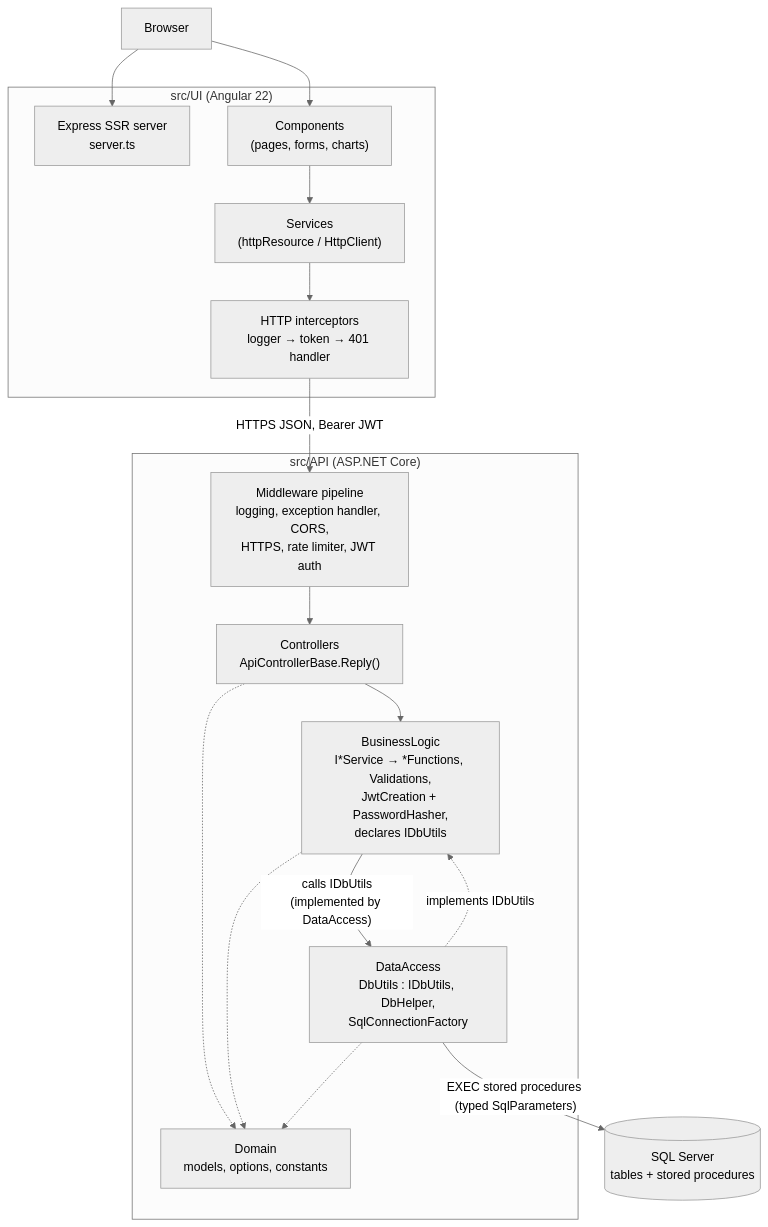
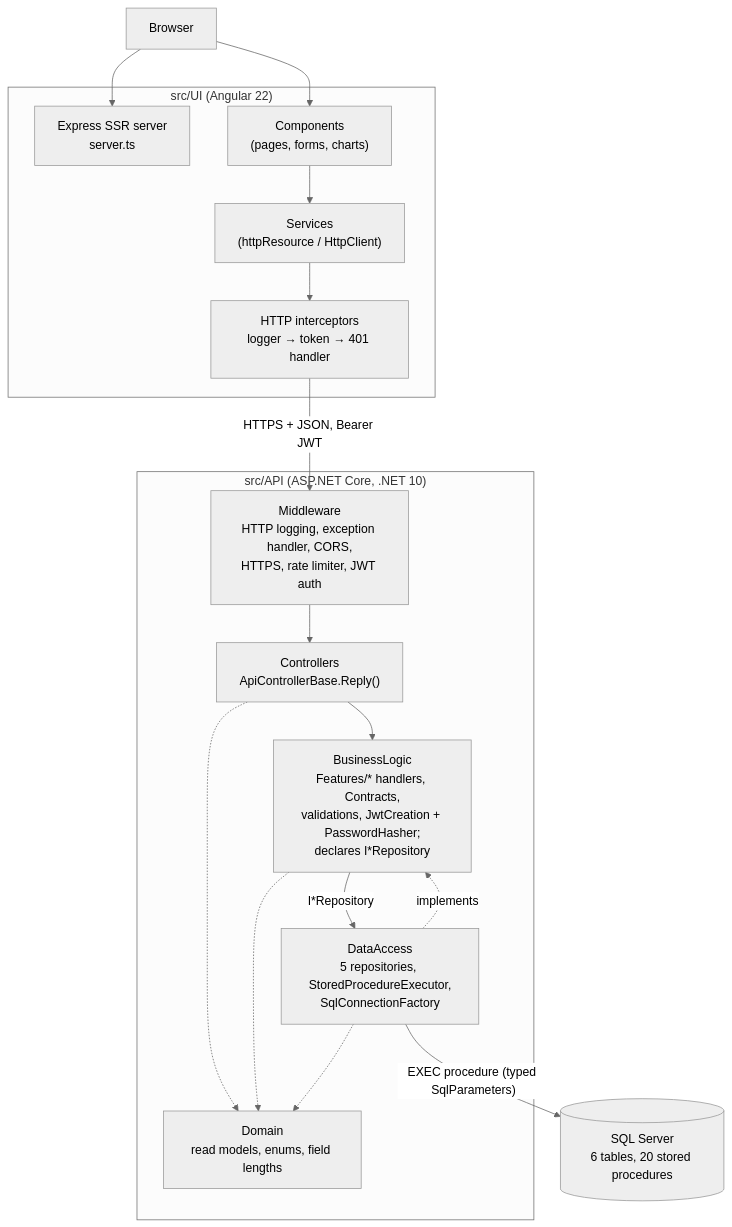
Before and after one commit to FrunzaDan/customer-management-system: the first of 3 diagrams in ARCHITECTURE_AND_DESIGN.md, drawn with Mermaid (neutral theme). The commit also changed other lines of this file and 131 other files, not shown here.

Commit message:
clean architecture refactor

````diff
--- a/ARCHITECTURE_AND_DESIGN.md
+++ b/ARCHITECTURE_AND_DESIGN.md
@@ -23,29 +23,29 @@
 ```mermaid
 flowchart TD
     Browser["Browser"]
     subgraph UI["src/UI (Angular 22)"]
         SSR["Express SSR server<br/>server.ts"]
         Comp["Components<br/>(pages, forms, charts)"]
         Svc["Services<br/>(httpResource / HttpClient)"]
         Int["HTTP interceptors<br/>logger → token → 401 handler"]
     end
-    subgraph API["src/API (ASP.NET Core)"]
-        MW["Middleware pipeline<br/>logging, exception handler, CORS,<br/>HTTPS, rate limiter, JWT auth"]
+    subgraph API["src/API (ASP.NET Core, .NET 10)"]
+        MW["Middleware<br/>HTTP logging, exception handler, CORS,<br/>HTTPS, rate limiter, JWT auth"]
         Ctl["Controllers<br/>ApiControllerBase.Reply()"]
-        BL["BusinessLogic<br/>I*Service → *Functions, Validations,<br/>JwtCreation + PasswordHasher,<br/>declares IDbUtils"]
-        DA["DataAccess<br/>DbUtils : IDbUtils, DbHelper,<br/>SqlConnectionFactory"]
-        Dom["Domain<br/>models, options, constants"]
+        BL["BusinessLogic<br/>Features/* handlers, Contracts,<br/>validations, JwtCreation + PasswordHasher;<br/>declares I*Repository"]
+        DA["DataAccess<br/>5 repositories, StoredProcedureExecutor,<br/>SqlConnectionFactory"]
+        Dom["Domain<br/>read models, enums, field lengths"]
     end
-    DB[("SQL Server<br/>tables + stored procedures")]
+    DB[("SQL Server<br/>6 tables, 20 stored procedures")]
 
     Browser --> SSR
     Browser --> Comp
     Comp --> Svc --> Int
-    Int -- "HTTPS JSON, Bearer JWT" --> MW --> Ctl --> BL
-    BL -- "calls IDbUtils<br/>(implemented by DataAccess)" --> DA
-    DA -. "implements IDbUtils" .-> BL
-    DA -- "EXEC stored procedures (typed SqlParameters)" --> DB
+    Int -- "HTTPS + JSON, Bearer JWT" --> MW --> Ctl --> BL
+    BL -- "I*Repository" --> DA
+    DA -. "implements" .-> BL
+    DA -- "EXEC procedure (typed SqlParameters)" --> DB
     Ctl -.-> Dom
     BL -.-> Dom
     DA -.-> Dom
 ```
````
